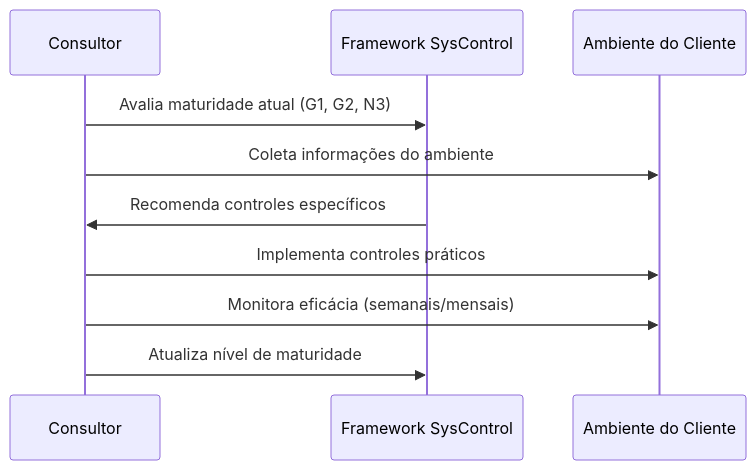
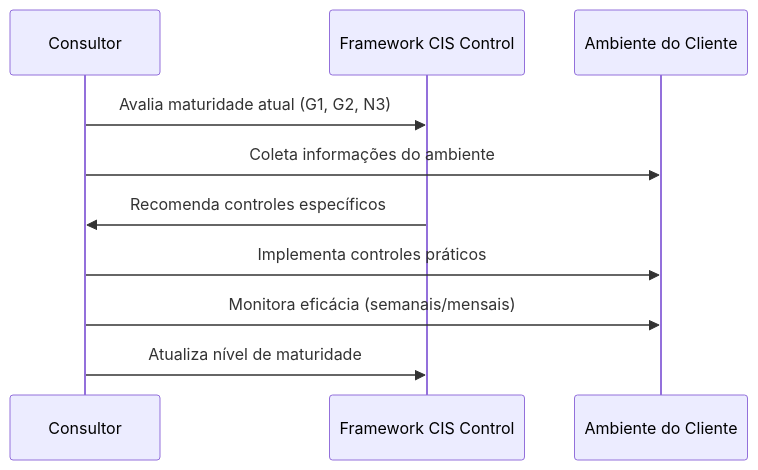
Before and after one commit to claraneves23/seguranca_da_informacao: the third of 3 diagrams in README.md, drawn with Mermaid. The commit also changed other lines of this file, not shown here.

````diff
--- a/README.md
+++ b/README.md
@@ -792,13 +792,13 @@
 ```mermaid
 sequenceDiagram
     participant C as Consultor
-    participant F as Framework SysControl
+    participant F as Framework CIS Control
     participant A as Ambiente do Cliente
     
     C->>F: Avalia maturidade atual (G1, G2, N3)
     C->>A: Coleta informações do ambiente
     F->>C: Recomenda controles específicos
     C->>A: Implementa controles práticos
     C->>A: Monitora eficácia (semanais/mensais)
     C->>F: Atualiza nível de maturidade
 ```
````
